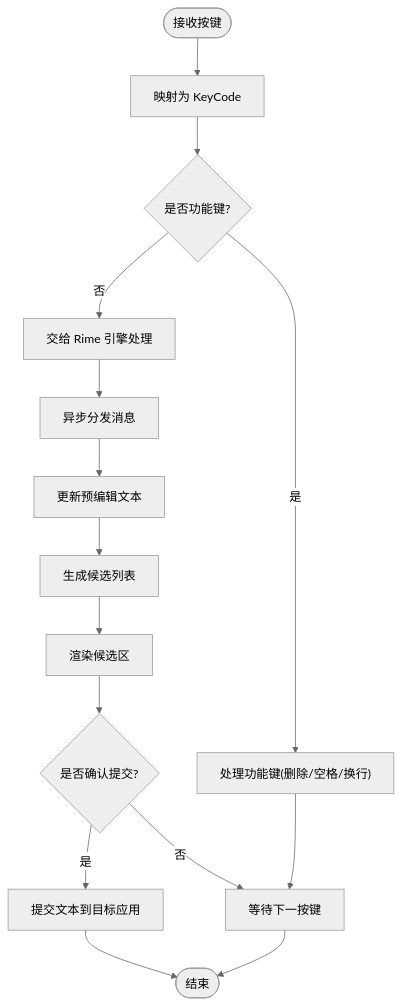
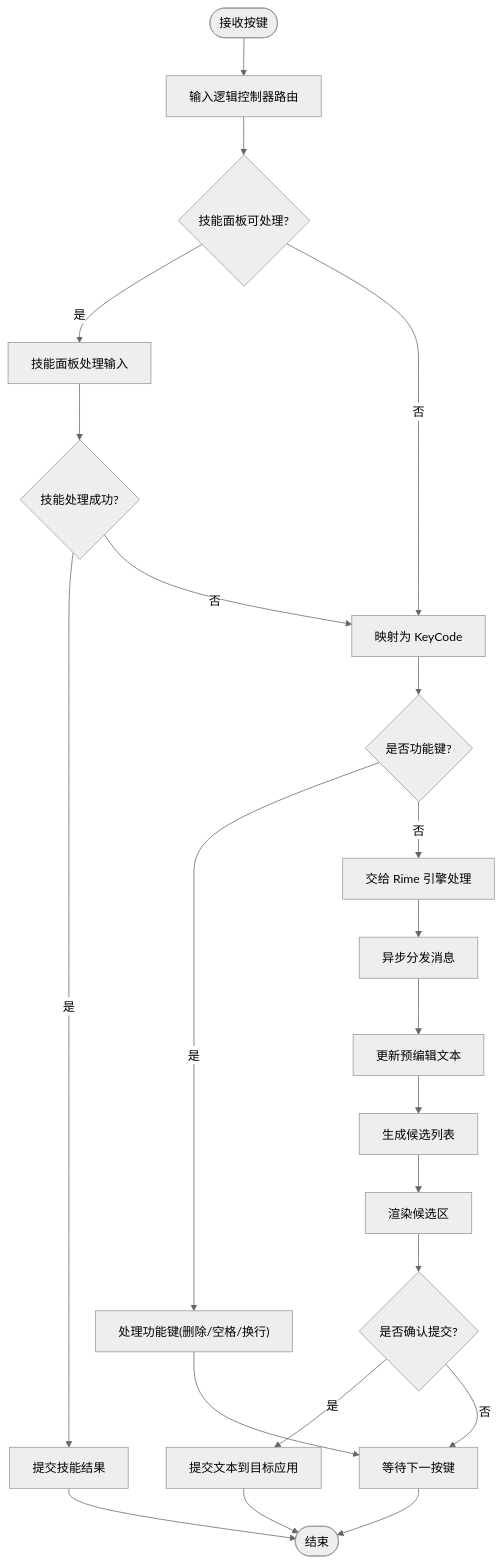
The fifth of 6 diagrams in .qoder/repowiki/zh/content/输入法服务.md (qiaodashaoye/ziyou-ime), drawn with Mermaid (neutral theme) before and after one commit. The commit also changed other lines of this file and 28 other files, not shown here.

````diff
--- a/.qoder/repowiki/zh/content/输入法服务.md
+++ b/.qoder/repowiki/zh/content/输入法服务.md
@@ -311,17 +399,24 @@
 ```mermaid
 flowchart TD
-Start(["接收按键"]) --> MapKey["映射为 KeyCode"]
+Start(["接收按键"]) --> RouteCheck["输入逻辑控制器路由"]
+RouteCheck --> SkillCheck{"技能面板可处理?"}
+SkillCheck --> |是| HandleSkill["技能面板处理输入"]
+SkillCheck --> |否| MapKey["映射为 KeyCode"]
+HandleSkill --> SkillResult{"技能处理成功?"}
+SkillResult --> |是| SubmitSkill["提交技能结果"]
+SkillResult --> |否| MapKey
 MapKey --> CheckSpecial{"是否功能键?"}
 CheckSpecial --> |是| HandleFunc["处理功能键(删除/空格/换行)"]
 CheckSpecial --> |否| ToRime["交给 Rime 引擎处理"]
 ToRime --> AsyncDispatch["异步分发消息"]
 AsyncDispatch --> UpdatePreedit["更新预编辑文本"]
 UpdatePreedit --> GenerateCandidates["生成候选列表"]
 GenerateCandidates --> RenderUI["渲染候选区"]
 RenderUI --> CommitCheck{"是否确认提交?"}
 CommitCheck --> |是| Submit["提交文本到目标应用"]
 CommitCheck --> |否| WaitNext["等待下一按键"]
 HandleFunc --> WaitNext
-Submit --> End(["结束"])
+SubmitSkill --> End(["结束"])
 WaitNext --> End
+Submit --> End
 ```
````
